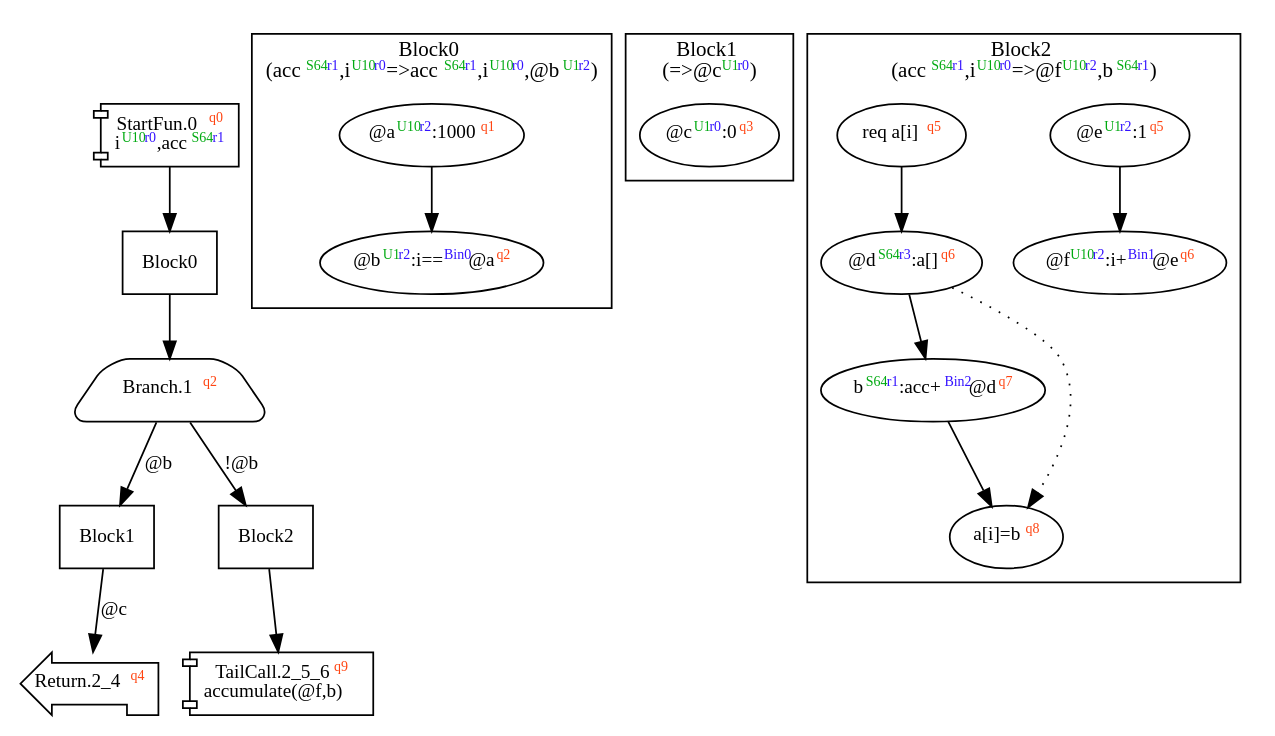
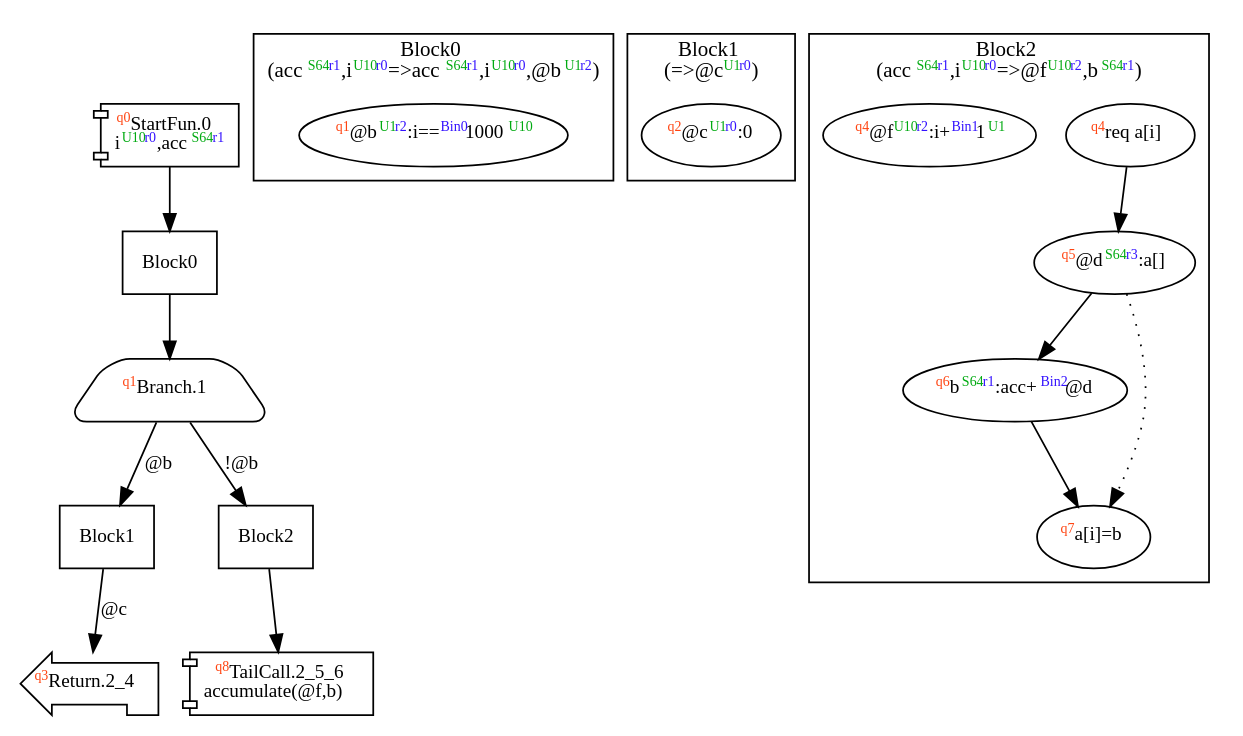
The diagram in dist/accumulate.dot (akouryy/SyntheScala), drawn with Graphviz before and after one commit. The commit also changed 34 other files, not shown here.

```diff
--- a/dist/accumulate.dot
+++ b/dist/accumulate.dot
@@ -1,48 +1,44 @@
 digraph Program_ {
   graph [fontname = "Monaco", fontsize = 12, ranksep = 0.5];
   node [shape = box, fontname = "Monaco", fontsize = 11; colorscheme = pastel19];
   edge [fontname = "Monaco", fontsize = 11; colorscheme = pastel19];
-  Jump0[label = <StartFun.0<font color="#ff4411" point-size="8"><sup>q0</sup></font><br/>i<font color="#00aa11" point-size="8"><sup>U10</sup></font><font color="#3311ff" point-size="8"><sup>r0</sup></font>,acc<font color="#00aa11" point-size="8"><sup>S64</sup></font><font color="#3311ff" point-size="8"><sup>r1</sup></font>>; shape = component];
+  Jump0[label = <<font color="#ff4411" point-size="8"><sup>q0</sup></font>StartFun.0<br/>i<font color="#00aa11" point-size="8"><sup>U10</sup></font><font color="#3311ff" point-size="8"><sup>r0</sup></font>,acc<font color="#00aa11" point-size="8"><sup>S64</sup></font><font color="#3311ff" point-size="8"><sup>r1</sup></font>>; shape = component];
   Jump0 -> Block0;
   Jump1[
-    label = <Branch.1<font color="#ff4411" point-size="8"><sup>q2</sup></font>>;
+    label = <<font color="#ff4411" point-size="8"><sup>q1</sup></font>Branch.1>;
     shape = trapezium; style = rounded;
   ];
   Block0 -> Jump1;
   Jump1 -> Block1 [label="@b"];
   Jump1 -> Block2 [label="!@b"];
-  Jump2_4[label = <Return.2_4<font color="#ff4411" point-size="8"><sup>q4</sup></font>>; shape = lpromoter];
+  Jump2_4[label = <<font color="#ff4411" point-size="8"><sup>q3</sup></font>Return.2_4>; shape = lpromoter];
   Block1 -> Jump2_4 [label="@c"];
-  Jump2_5_6[label = <TailCall.2_5_6<font color="#ff4411" point-size="8"><sup>q9</sup></font><br/>accumulate(@f,b)>; shape = component];
+  Jump2_5_6[label = <<font color="#ff4411" point-size="8"><sup>q8</sup></font>TailCall.2_5_6<br/>accumulate(@f,b)>; shape = component];
   Block2 -> Jump2_5_6;
   Block0 [label = "Block0"];
   Block1 [label = "Block1"];
   Block2 [label = "Block2"];
   subgraph cluster_dfg_Block0 {
     node [shape = oval];
     label = <Block0<br/>(acc<font color="#00aa11" point-size="8"><sup>S64</sup></font><font color="#3311ff" point-size="8"><sup>r1</sup></font>,i<font color="#00aa11" point-size="8"><sup>U10</sup></font><font color="#3311ff" point-size="8"><sup>r0</sup></font>=&gt;acc<font color="#00aa11" point-size="8"><sup>S64</sup></font><font color="#3311ff" point-size="8"><sup>r1</sup></font>,i<font color="#00aa11" point-size="8"><sup>U10</sup></font><font color="#3311ff" point-size="8"><sup>r0</sup></font>,@b<font color="#00aa11" point-size="8"><sup>U1</sup></font><font color="#3311ff" point-size="8"><sup>r2</sup></font>)>;
-    0 [label=<@a<font color="#00aa11" point-size="8"><sup>U10</sup></font><font color="#3311ff" point-size="8"><sup>r2</sup></font>:1000<font color="#ff4411" point-size="8"><sup>q1</sup></font>>];
-    1 [label=<@b<font color="#00aa11" point-size="8"><sup>U1</sup></font><font color="#3311ff" point-size="8"><sup>r2</sup></font>:i==<font color="#3311ff" point-size="8"><sup>Bin0</sup></font>@a<font color="#ff4411" point-size="8"><sup>q2</sup></font>>];
-    0 -> 1;
+    1 [label=<<font color="#ff4411" point-size="8"><sup>q1</sup></font>@b<font color="#00aa11" point-size="8"><sup>U1</sup></font><font color="#3311ff" point-size="8"><sup>r2</sup></font>:i==<font color="#3311ff" point-size="8"><sup>Bin0</sup></font>1000<font color="#00aa11" point-size="8"><sup>U10</sup></font>>];
   }
   subgraph cluster_dfg_Block1 {
     node [shape = oval];
     label = <Block1<br/>(=&gt;@c<font color="#00aa11" point-size="8"><sup>U1</sup></font><font color="#3311ff" point-size="8"><sup>r0</sup></font>)>;
-    2 [label=<@c<font color="#00aa11" point-size="8"><sup>U1</sup></font><font color="#3311ff" point-size="8"><sup>r0</sup></font>:0<font color="#ff4411" point-size="8"><sup>q3</sup></font>>];
+    2 [label=<<font color="#ff4411" point-size="8"><sup>q2</sup></font>@c<font color="#00aa11" point-size="8"><sup>U1</sup></font><font color="#3311ff" point-size="8"><sup>r0</sup></font>:0>];
   }
   subgraph cluster_dfg_Block2 {
     node [shape = oval];
     label = <Block2<br/>(acc<font color="#00aa11" point-size="8"><sup>S64</sup></font><font color="#3311ff" point-size="8"><sup>r1</sup></font>,i<font color="#00aa11" point-size="8"><sup>U10</sup></font><font color="#3311ff" point-size="8"><sup>r0</sup></font>=&gt;@f<font color="#00aa11" point-size="8"><sup>U10</sup></font><font color="#3311ff" point-size="8"><sup>r2</sup></font>,b<font color="#00aa11" point-size="8"><sup>S64</sup></font><font color="#3311ff" point-size="8"><sup>r1</sup></font>)>;
-    5 [label=<b<font color="#00aa11" point-size="8"><sup>S64</sup></font><font color="#3311ff" point-size="8"><sup>r1</sup></font>:acc+<font color="#3311ff" point-size="8"><sup>Bin2</sup></font>@d<font color="#ff4411" point-size="8"><sup>q7</sup></font>>];
-    6 [label=<a[i]=b<font color="#ff4411" point-size="8"><sup>q8</sup></font>>];
-    7 [label=<@e<font color="#00aa11" point-size="8"><sup>U1</sup></font><font color="#3311ff" point-size="8"><sup>r2</sup></font>:1<font color="#ff4411" point-size="8"><sup>q5</sup></font>>];
-    3 [label=<req a[i]<font color="#ff4411" point-size="8"><sup>q5</sup></font>>];
-    8 [label=<@f<font color="#00aa11" point-size="8"><sup>U10</sup></font><font color="#3311ff" point-size="8"><sup>r2</sup></font>:i+<font color="#3311ff" point-size="8"><sup>Bin1</sup></font>@e<font color="#ff4411" point-size="8"><sup>q6</sup></font>>];
-    4 [label=<@d<font color="#00aa11" point-size="8"><sup>S64</sup></font><font color="#3311ff" point-size="8"><sup>r3</sup></font>:a[]<font color="#ff4411" point-size="8"><sup>q6</sup></font>>];
+    5 [label=<<font color="#ff4411" point-size="8"><sup>q6</sup></font>b<font color="#00aa11" point-size="8"><sup>S64</sup></font><font color="#3311ff" point-size="8"><sup>r1</sup></font>:acc+<font color="#3311ff" point-size="8"><sup>Bin2</sup></font>@d>];
+    6 [label=<<font color="#ff4411" point-size="8"><sup>q7</sup></font>a[i]=b>];
+    3 [label=<<font color="#ff4411" point-size="8"><sup>q4</sup></font>req a[i]>];
+    8 [label=<<font color="#ff4411" point-size="8"><sup>q4</sup></font>@f<font color="#00aa11" point-size="8"><sup>U10</sup></font><font color="#3311ff" point-size="8"><sup>r2</sup></font>:i+<font color="#3311ff" point-size="8"><sup>Bin1</sup></font>1<font color="#00aa11" point-size="8"><sup>U1</sup></font>>];
+    4 [label=<<font color="#ff4411" point-size="8"><sup>q5</sup></font>@d<font color="#00aa11" point-size="8"><sup>S64</sup></font><font color="#3311ff" point-size="8"><sup>r3</sup></font>:a[]>];
     4 -> 5;
     5 -> 6;
-    7 -> 8;
     3 -> 4 [style = solid];
     4 -> 6 [style = dotted];
   }
 }
```
